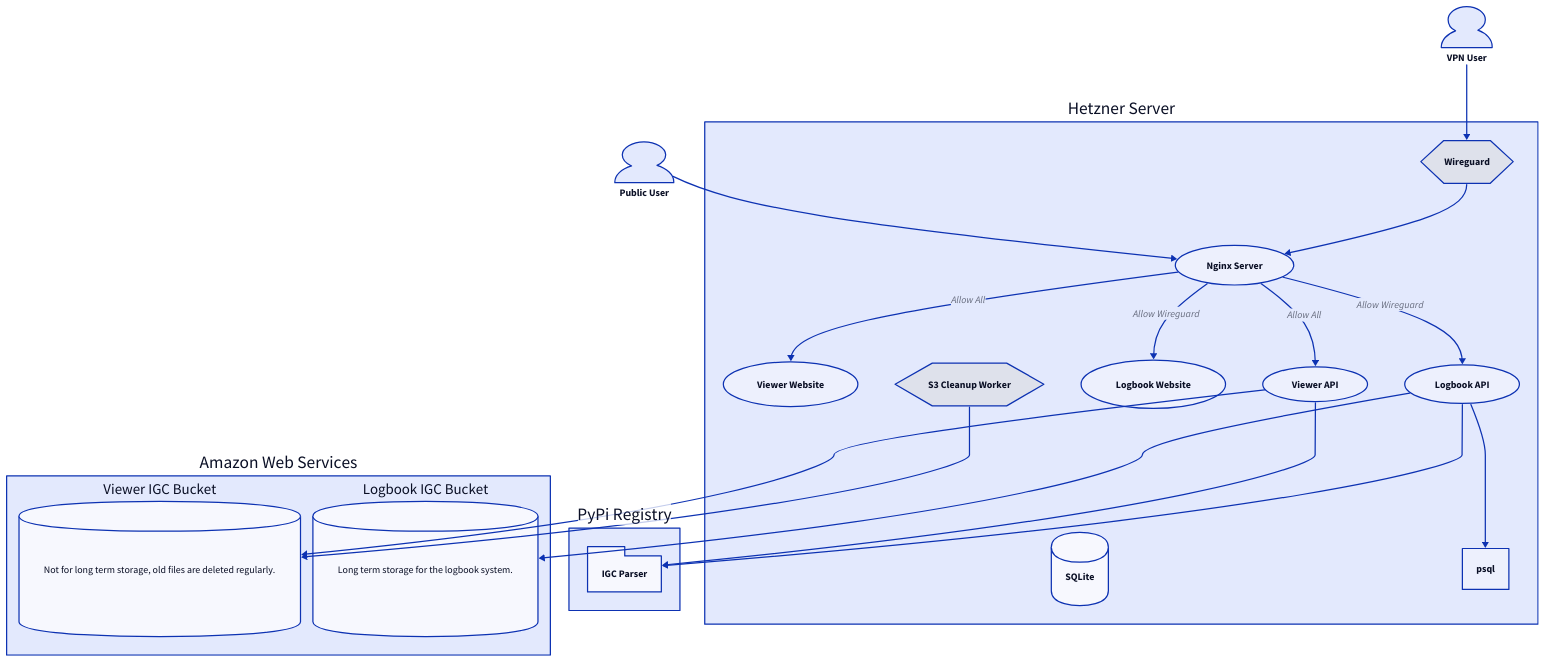
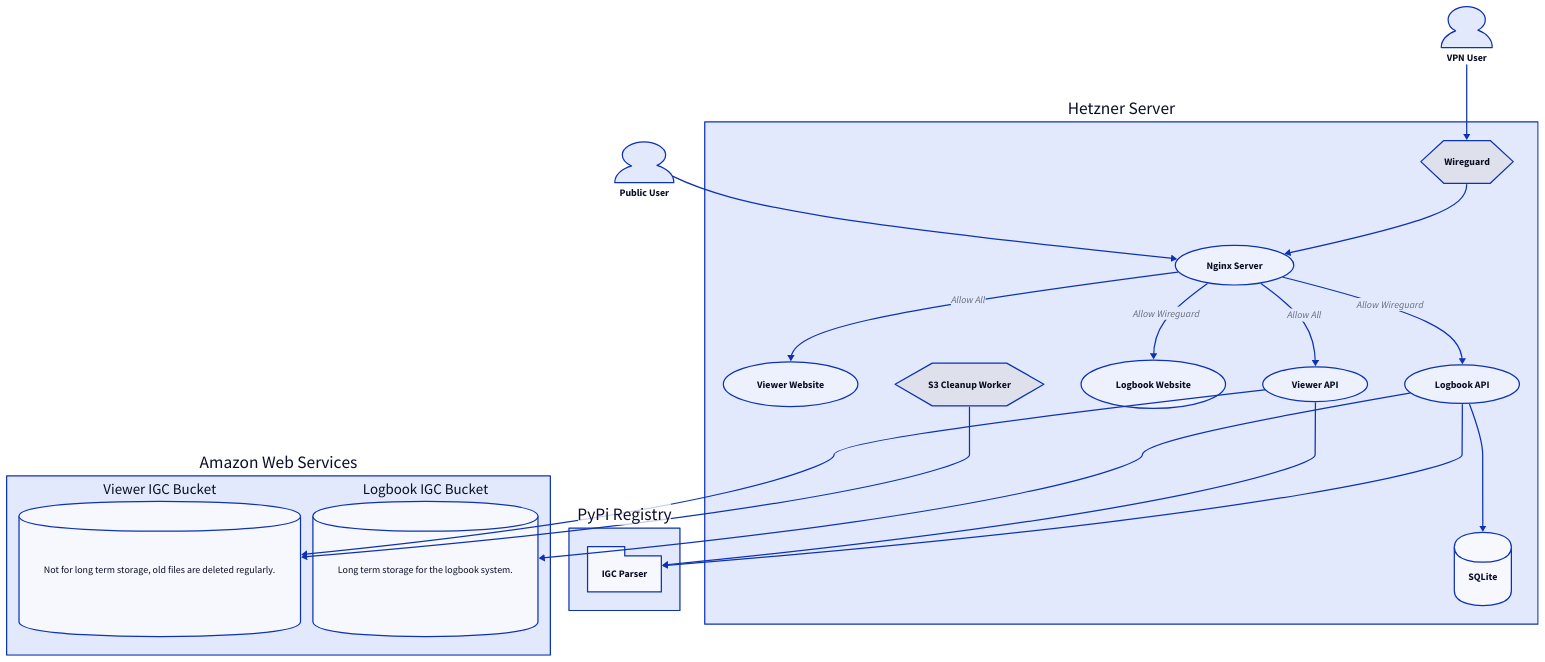
The diagram in architecture.d2 (millarcalder/flightlog), drawn with D2 before and after one commit. The commit also changed 1 other file, not shown here.

Commit message:
fix architecture diagram

```diff
--- a/architecture.d2
+++ b/architecture.d2
@@ -1,77 +1,77 @@
 # To build this diagram run the following command:
 # d2 architecture.d2 architecture.svg -t 300 --layout elk --sketch
 
 public_user: Public User {
   shape: person
 }
 wireguard_user: VPN User {
   shape: person
 }
 
 aws: Amazon Web Services {
   viewer_igc_bucket: Viewer IGC Bucket {
     shape: cylinder
 
     description: |md
       Not for long term storage, old files are deleted regularly.
     |
   }
 
   logbook_igc_bucket: Logbook IGC Bucket {
     shape: cylinder
 
     description: |md
       Long term storage for the logbook system.
     |
   }
 }
 
 pypi: PyPi Registry {
   igc_parser: IGC Parser {
     shape: package
   }
 }
 
 server: Hetzner Server {
   wireguard: Wireguard {
     shape: hexagon
   }
   nginx: Nginx Server {
     shape: oval
   }
   viewer_website: Viewer Website {
     shape: oval
   }
   viewer_api: Viewer API {
     shape: oval
   }
   logbook_website: Logbook Website {
     shape: oval
   }
   logbook_api: Logbook API {
     shape: oval
   }
   s3_cleanup_worker: S3 Cleanup Worker {
     shape: hexagon
   }
   sqlite: SQLite {
     shape: cylinder
   }
 
   wireguard -> nginx
   nginx -> viewer_website: Allow All
   nginx -> logbook_website: Allow Wireguard
   nginx -> viewer_api: Allow All
   nginx -> logbook_api: Allow Wireguard
-  logbook_api -> psql
+  logbook_api -> sqlite
 }
 
 public_user -> server.nginx
 wireguard_user -> server.wireguard
 
 server.logbook_api -> aws.logbook_igc_bucket
 server.s3_cleanup_worker -> aws.viewer_igc_bucket
 server.viewer_api -> aws.viewer_igc_bucket
 
 server.logbook_api -> pypi.igc_parser
 server.viewer_api -> pypi.igc_parser
```
